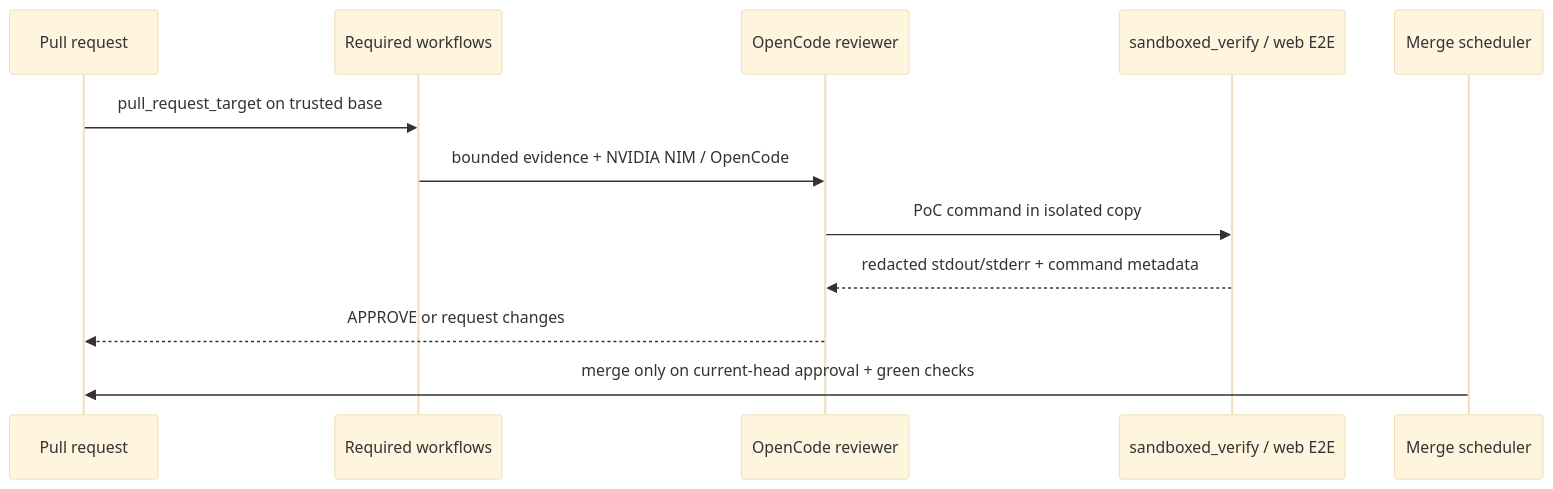
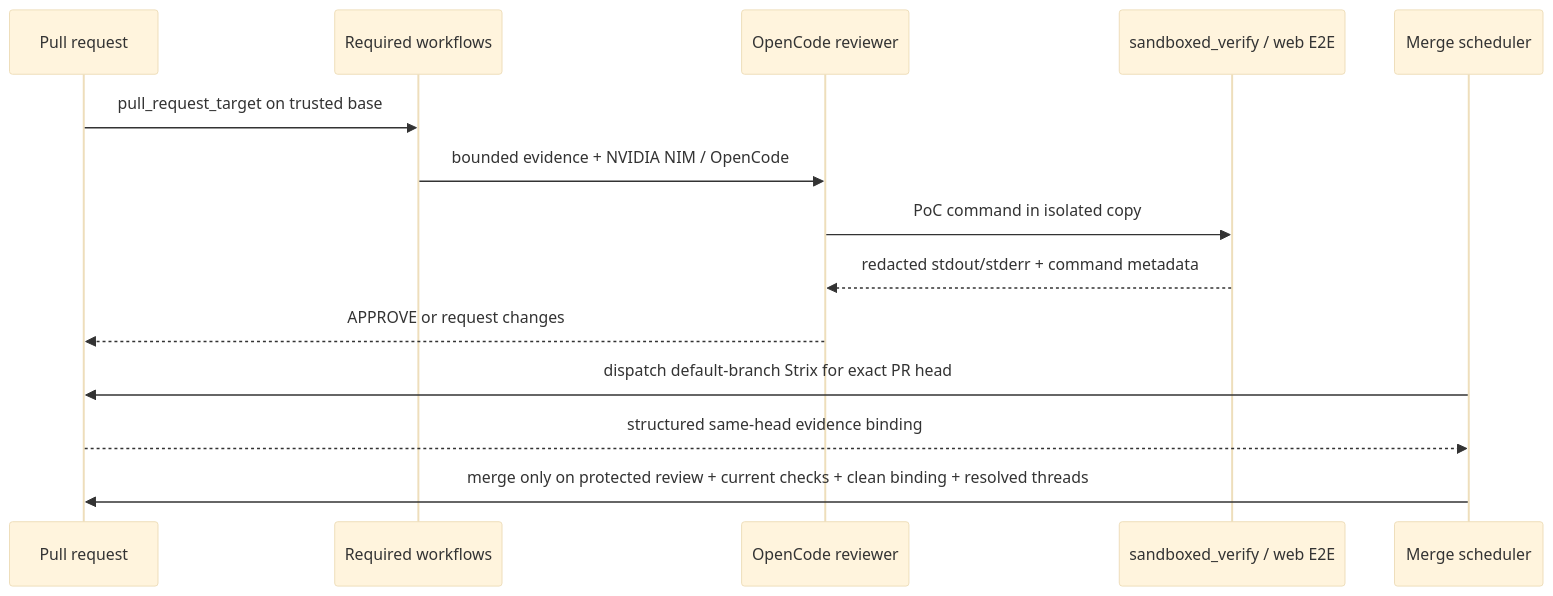
Before and after one commit to ContextualWisdomLab/.github: the third of 3 diagrams in ARCHITECTURE.md, drawn with Mermaid (base theme). The commit also changed other lines of this file and 12 other files, not shown here.

Commit message:
fix: harden strix review evidence boundaries

````diff
--- a/ARCHITECTURE.md
+++ b/ARCHITECTURE.md
@@ -53,15 +58,17 @@
 ```mermaid
 sequenceDiagram
   participant PR as Pull request
   participant RW as Required workflows
   participant OC as OpenCode reviewer
   participant SV as sandboxed_verify / web E2E
   participant MS as Merge scheduler
 
   PR->>RW: pull_request_target on trusted base
   RW->>OC: bounded evidence + NVIDIA NIM / OpenCode
   OC->>SV: PoC command in isolated copy
   SV-->>OC: redacted stdout/stderr + command metadata
   OC-->>PR: APPROVE or request changes
-  MS->>PR: merge only on current-head approval + green checks
+  MS->>PR: dispatch default-branch Strix for exact PR head
+  PR-->>MS: structured same-head evidence binding
+  MS->>PR: merge only on protected review + current checks + clean binding + resolved threads
 ```
````
